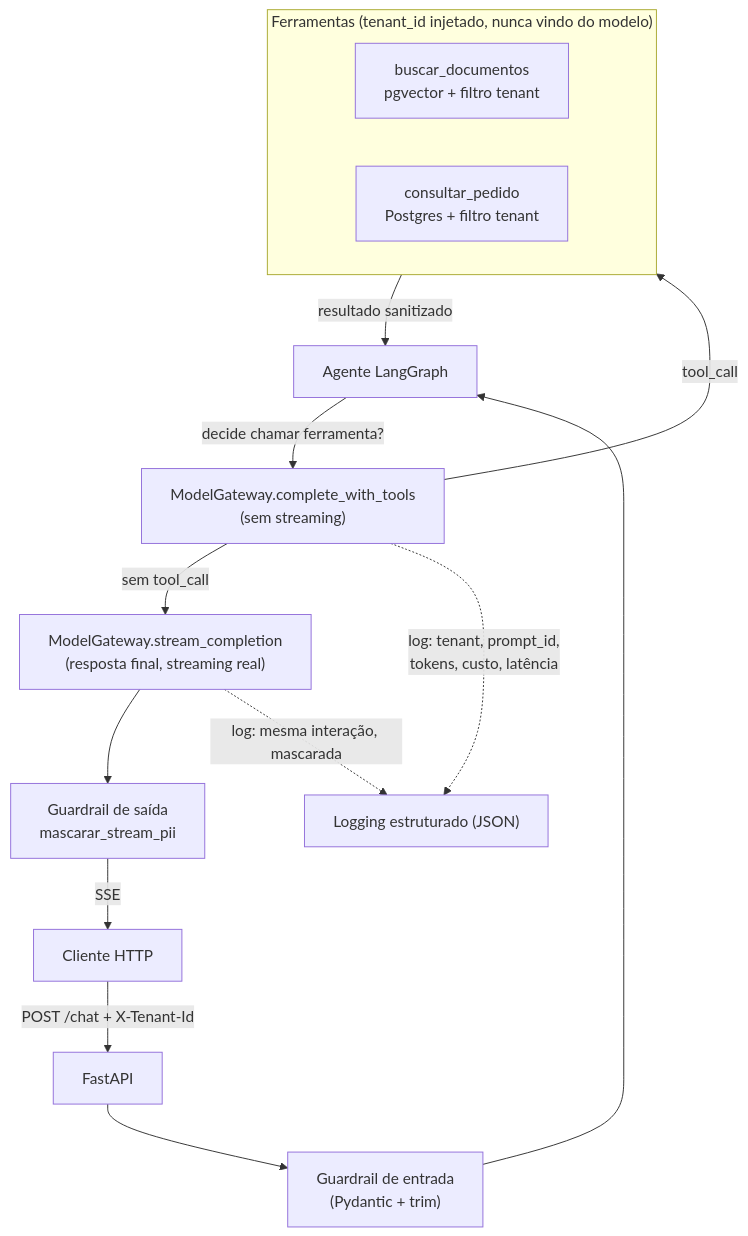
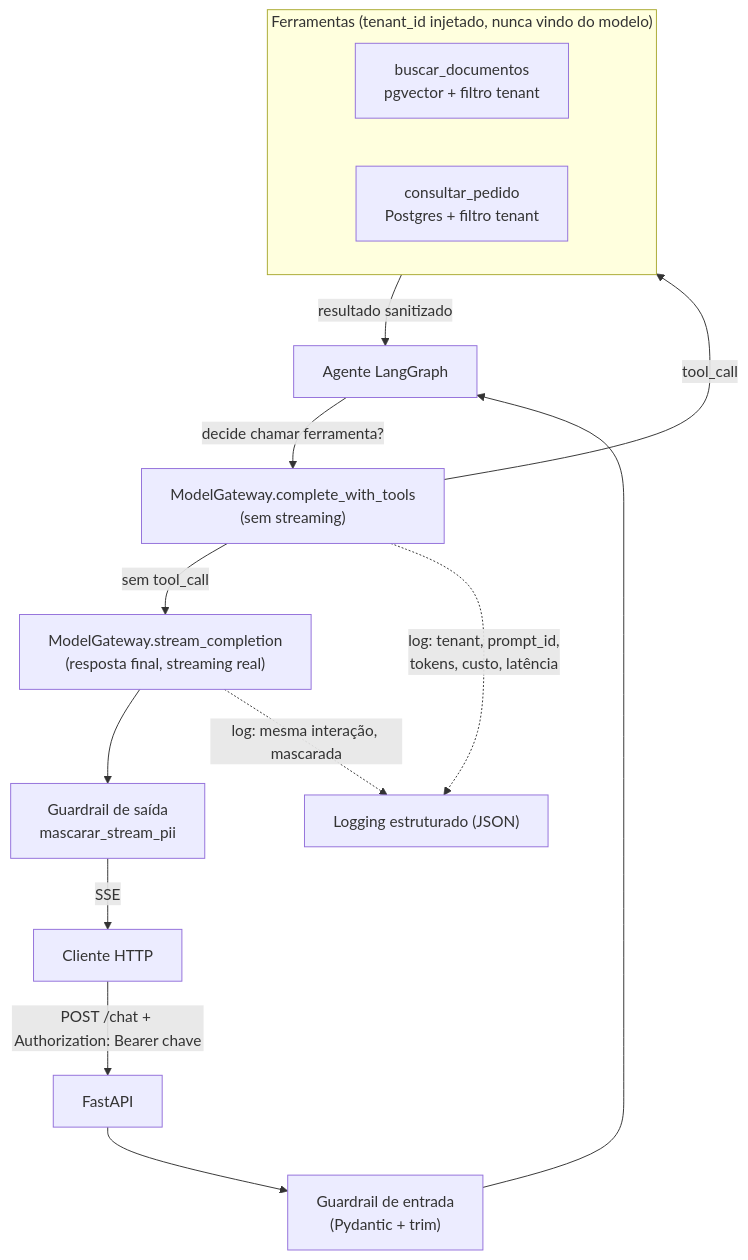
One commit to annaotoni/LLM---project changed the diagram in README.md. Above: the diagram before and after it, drawn with Mermaid. The commit also changed other lines of this file and 28 other files, not shown here.

First line of the commit message:
feat: autenticação por chave de API, rate limit por tenant e correções de latência/segurança

````diff
--- a/README.md
+++ b/README.md
@@ -15,23 +15,23 @@
 ```mermaid
 flowchart TD
-    Cliente["Cliente HTTP"] -->|"POST /chat + X-Tenant-Id"| API["FastAPI"]
+    Cliente["Cliente HTTP"] -->|"POST /chat + Authorization: Bearer chave"| API["FastAPI"]
     API --> Guardrail1["Guardrail de entrada\n(Pydantic + trim)"]
     Guardrail1 --> Agente["Agente LangGraph"]
 
     Agente -->|"decide chamar ferramenta?"| Modelo1["ModelGateway.complete_with_tools\n(sem streaming)"]
     Modelo1 -->|"tool_call"| Ferramentas
     Modelo1 -->|"sem tool_call"| Final
 
     subgraph Ferramentas["Ferramentas (tenant_id injetado, nunca vindo do modelo)"]
         Busca["buscar_documentos\npgvector + filtro tenant"]
         Pedido["consultar_pedido\nPostgres + filtro tenant"]
     end
 
     Ferramentas -->|"resultado sanitizado"| Agente
 
     Final["ModelGateway.stream_completion\n(resposta final, streaming real)"] --> Guardrail2["Guardrail de saída\nmascarar_stream_pii"]
     Guardrail2 -->|"SSE"| Cliente
 
     Modelo1 -. "log: tenant, prompt_id,\ntokens, custo, latência" .-> Obs["Logging estruturado (JSON)"]
     Final -. "log: mesma interação, mascarada" .-> Obs
 ```
````
